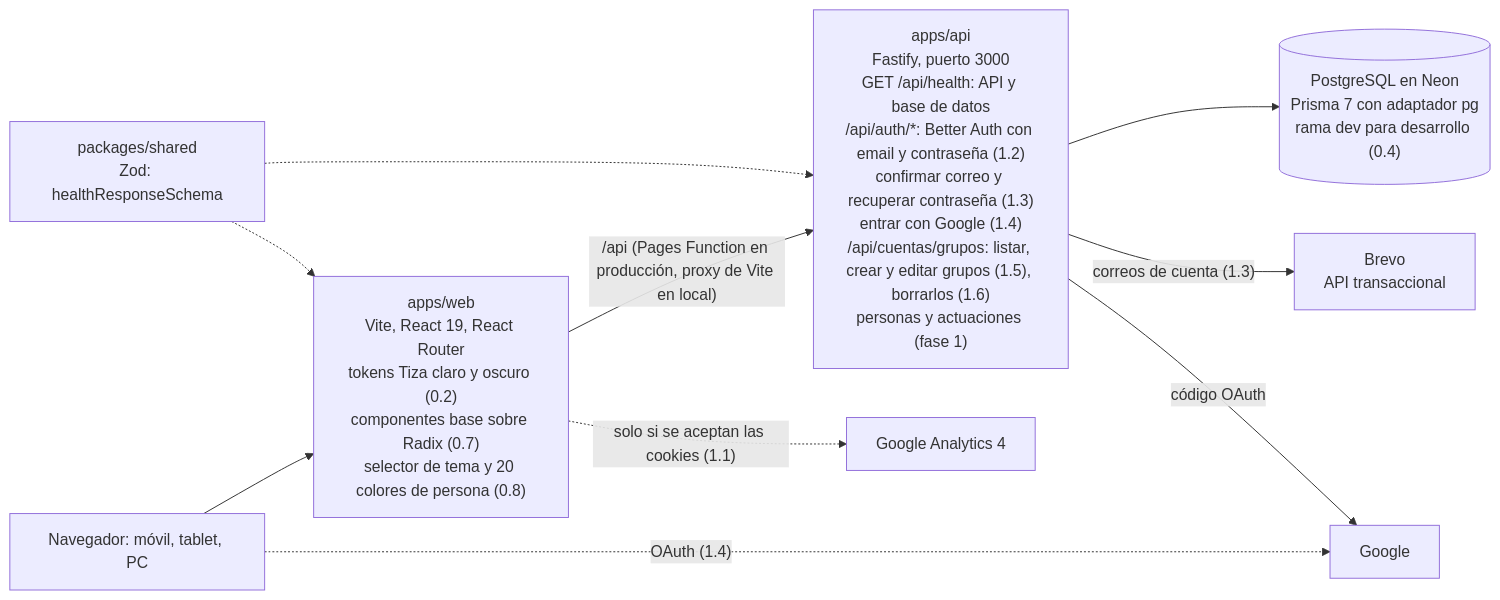
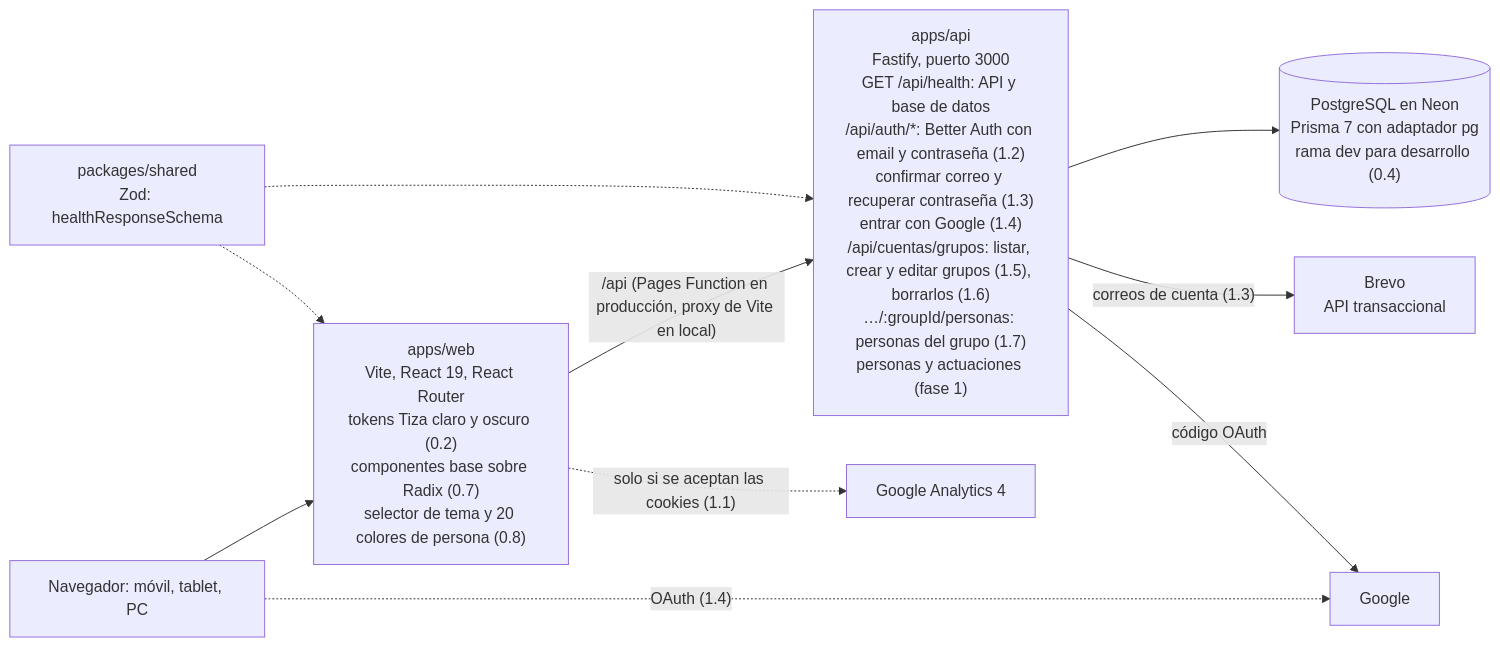
One commit to juananmgz/cuadrocorrocalle changed the diagram in documentation/architecture.md. Above: the diagram before and after it, drawn with Mermaid. The commit also changed 34 other files, not shown here.

````diff
--- a/documentation/architecture.md
+++ b/documentation/architecture.md
@@ -7,12 +7,12 @@
 ```mermaid
 flowchart LR
   U["Navegador: móvil, tablet, PC"] --> W["apps/web<br>Vite, React 19, React Router<br>tokens Tiza claro y oscuro (0.2)<br>componentes base sobre Radix (0.7)<br>selector de tema y 20 colores de persona (0.8)"]
-  W -->|"/api (Pages Function en producción, proxy de Vite en local)"| A["apps/api<br>Fastify, puerto 3000<br>GET /api/health: API y base de datos<br>/api/auth/*: Better Auth con email y contraseña (1.2)<br>confirmar correo y recuperar contraseña (1.3)<br>entrar con Google (1.4)<br>/api/cuentas/grupos: listar, crear y editar grupos (1.5), borrarlos (1.6)<br>personas y actuaciones (fase 1)"]
+  W -->|"/api (Pages Function en producción, proxy de Vite en local)"| A["apps/api<br>Fastify, puerto 3000<br>GET /api/health: API y base de datos<br>/api/auth/*: Better Auth con email y contraseña (1.2)<br>confirmar correo y recuperar contraseña (1.3)<br>entrar con Google (1.4)<br>/api/cuentas/grupos: listar, crear y editar grupos (1.5), borrarlos (1.6)<br>…/:groupId/personas: personas del grupo (1.7)<br>personas y actuaciones (fase 1)"]
   A --> D[("PostgreSQL en Neon<br>Prisma 7 con adaptador pg<br>rama dev para desarrollo (0.4)")]
   W -.->|"solo si se aceptan las cookies (1.1)"| GA["Google Analytics 4"]
   A -->|"correos de cuenta (1.3)"| BR["Brevo<br>API transaccional"]
   U -.->|"OAuth (1.4)"| GO["Google"]
   A -->|"código OAuth"| GO
   S["packages/shared<br>Zod: healthResponseSchema"] -.-> W
   S -.-> A
 ```
````
